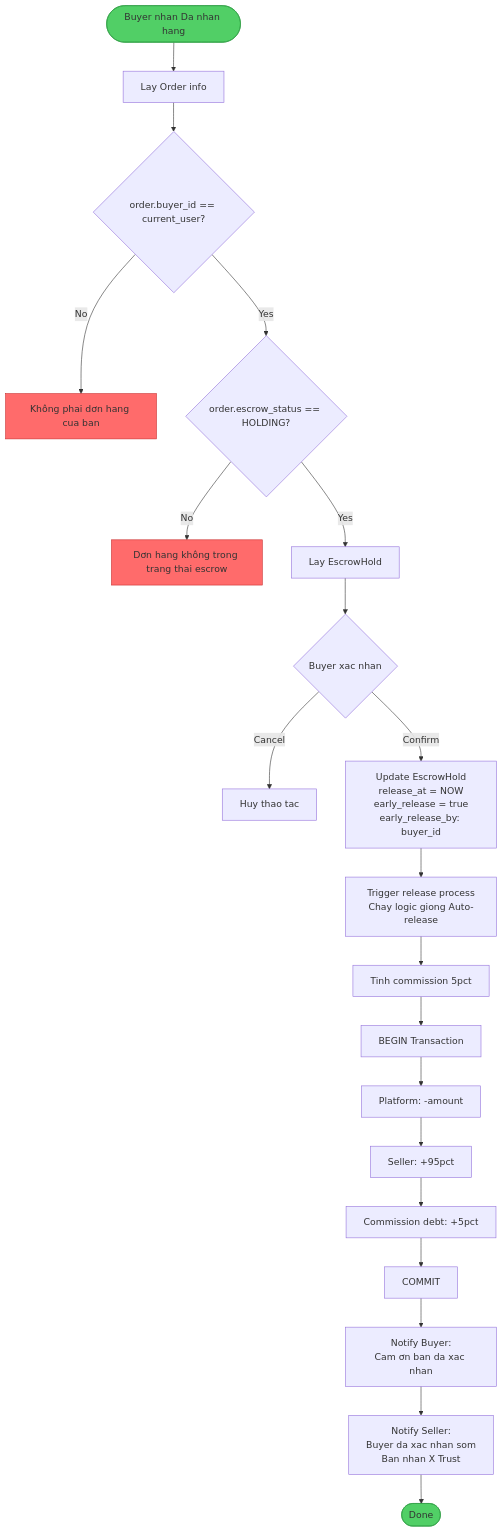
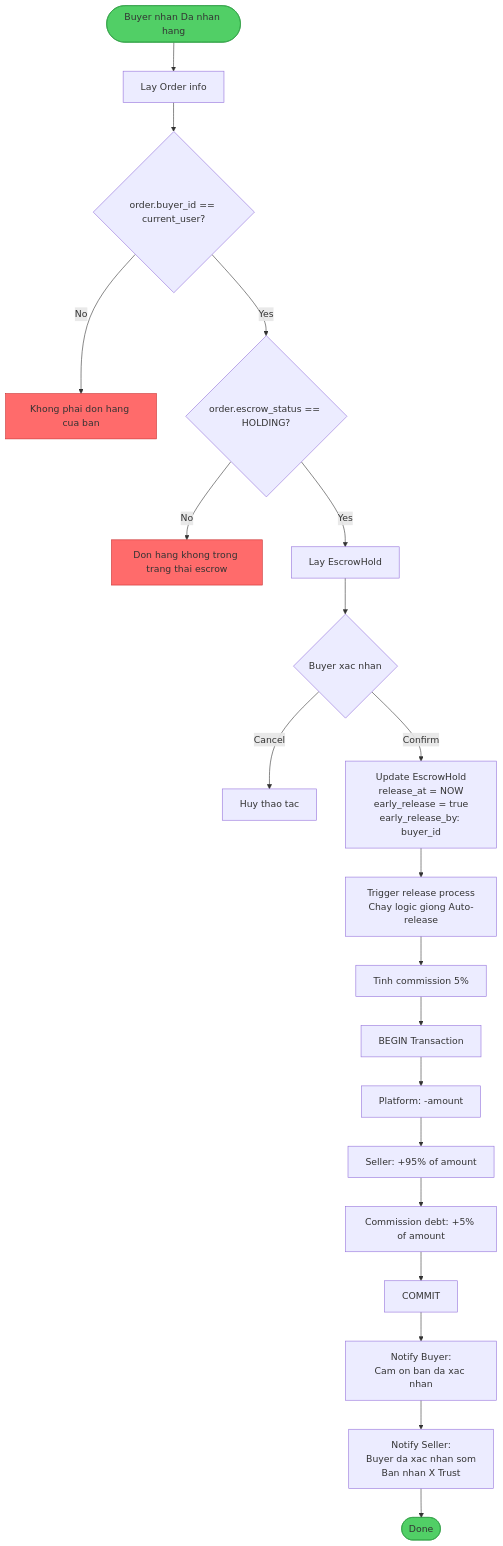
The seventh of 20 diagrams in mmo-api/docs/v2/05-wallet-v2-platform-wallet-flows.md (anhnguyen123312/ShopMMO), drawn with Mermaid before and after one commit. The commit also changed other lines of this file, not shown here.

````diff
--- a/mmo-api/docs/v2/05-wallet-v2-platform-wallet-flows.md
+++ b/mmo-api/docs/v2/05-wallet-v2-platform-wallet-flows.md
@@ -531,36 +531,36 @@
 ```mermaid
 flowchart TD
     Start([Buyer nhan Da nhan hang])
 
     %% Validation
     Start --> GetOrder[Lay Order info]
     GetOrder --> CheckBuyer{order.buyer_id == current_user?}
-    CheckBuyer -->|No| Error1[ Không phai dơn hang cua ban]
+    CheckBuyer -->|No| Error1[Khong phai don hang cua ban]
     CheckBuyer -->|Yes| CheckStatus{order.escrow_status == HOLDING?}
-    CheckStatus -->|No| Error2[ Dơn hang không trong trang thai escrow]
+    CheckStatus -->|No| Error2[Don hang khong trong trang thai escrow]
     CheckStatus -->|Yes| GetEscrow[Lay EscrowHold]
 
     GetEscrow --> Confirm{Buyer xac nhan}
     Confirm -->|Cancel| CancelOp[Huy thao tac]
-    Confirm -->|Confirm| UpdateEscrowTime[Update EscrowHold<br/>release_at = NOW<br/>early_release = true<br/>early_release_by: buyer_id]
+    Confirm -->|Confirm| UpdateEscrowTime[Update EscrowHold<br>release_at = NOW<br>early_release = true<br>early_release_by: buyer_id]
 
     %% Trigger Release
-    UpdateEscrowTime --> TriggerRelease[Trigger release process<br/>Chay logic giong Auto-release]
-    TriggerRelease --> CalcCommission[Tinh commission 5pct]
-    CalcCommission --> BeginTx[ BEGIN Transaction]
+    UpdateEscrowTime --> TriggerRelease[Trigger release process<br>Chay logic giong Auto-release]
+    TriggerRelease --> CalcCommission[Tinh commission 5%]
+    CalcCommission --> BeginTx[BEGIN Transaction]
 
     %% Same as auto-release
     BeginTx --> DeductPlatform[Platform: -amount]
-    DeductPlatform --> CreditSeller[Seller: +95pct]
-    CreditSeller --> AccrueCommission[Commission debt: +5pct]
-    AccrueCommission --> CommitTx[ COMMIT]
+    DeductPlatform --> CreditSeller[Seller: +95% of amount]
+    CreditSeller --> AccrueCommission[Commission debt: +5% of amount]
+    AccrueCommission --> CommitTx[COMMIT]
 
-    CommitTx --> NotifyBuyer[Notify Buyer:<br/>Cam ơn ban da xac nhan]
-    NotifyBuyer --> NotifySeller[Notify Seller:<br/>Buyer da xac nhan som<br/>Ban nhan X Trust]
+    CommitTx --> NotifyBuyer[Notify Buyer:<br>Cam on ban da xac nhan]
+    NotifyBuyer --> NotifySeller[Notify Seller:<br>Buyer da xac nhan som<br>Ban nhan X Trust]
     NotifySeller --> End([Done])
 
     style Start fill:#51cf66,stroke:#2f9e44
     style End fill:#51cf66,stroke:#2f9e44
     style Error1 fill:#ff6b6b,stroke:#c92a2a
     style Error2 fill:#ff6b6b,stroke:#c92a2a
 ```
````
